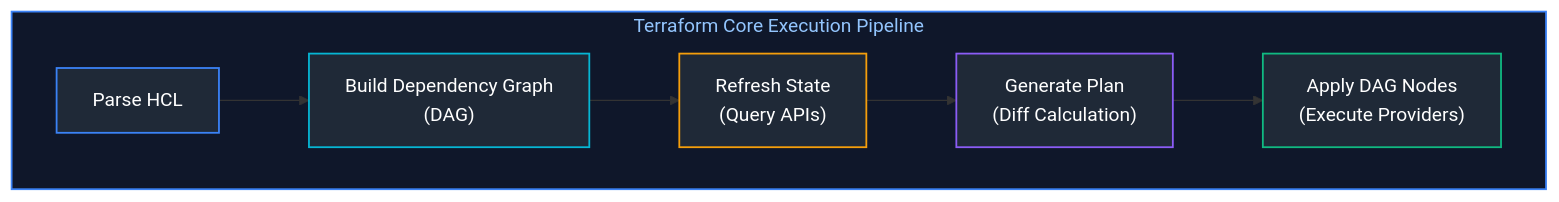
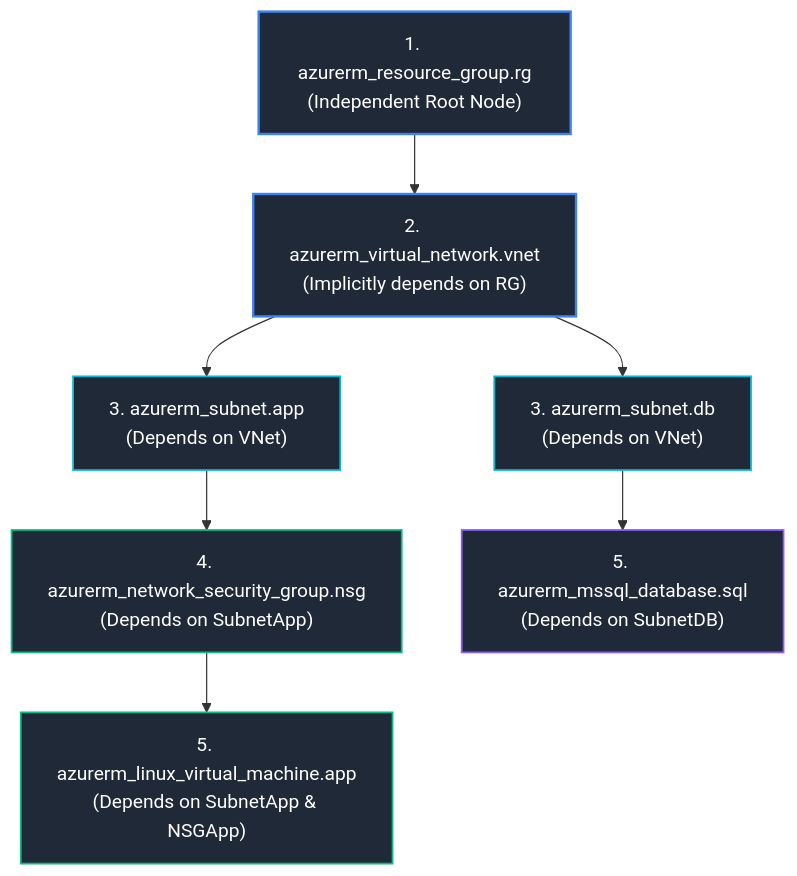
One commit to joydeep-biswas/Interview-Preparation changed the second of 5 diagrams in Cloud Engineering/06_infrastructure_as_code_and_configuration_management.md. Above: the diagram before and after it, drawn with Mermaid. The commit also changed other lines of this file and 143 other files, not shown here.

````diff
--- a/Cloud Engineering/06_infrastructure_as_code_and_configuration_management.md
+++ b/Cloud Engineering/06_infrastructure_as_code_and_configuration_management.md
@@ -98,17 +135,25 @@
 ```mermaid
-flowchart LR
-    subgraph TFStages ["Terraform Core Execution Pipeline"]
-        direction LR
-        P["Parse HCL"] --> G["Build Dependency Graph<br/>(DAG)"]
-        G --> R["Refresh State<br/>(Query APIs)"]
-        R --> Plan["Generate Plan<br/>(Diff Calculation)"]
-        Plan --> Apply["Apply DAG Nodes<br/>(Execute Providers)"]
-    end
+flowchart TD
+    RG["1. azurerm_resource_group.rg<br/>(Independent Root Node)"]
+    VNet["2. azurerm_virtual_network.vnet<br/>(Implicitly depends on RG)"]
+    SubnetApp["3. azurerm_subnet.app<br/>(Depends on VNet)"]
+    SubnetDB["3. azurerm_subnet.db<br/>(Depends on VNet)"]
+    NSGApp["4. azurerm_network_security_group.nsg<br/>(Depends on SubnetApp)"]
+    VMApp["5. azurerm_linux_virtual_machine.app<br/>(Depends on SubnetApp & NSGApp)"]
+    DB["5. azurerm_mssql_database.sql<br/>(Depends on SubnetDB)"]
 
-    style TFStages fill:#0f172a,stroke:#3b82f6,stroke-width:1.5px,color:#93c5fd
-    style P fill:#1f2937,stroke:#3b82f6,stroke-width:1.5px,color:#fff
-    style G fill:#1f2937,stroke:#06b6d4,stroke-width:1.5px,color:#fff
-    style R fill:#1f2937,stroke:#f59e0b,stroke-width:1.5px,color:#fff
-    style Plan fill:#1f2937,stroke:#8b5cf6,stroke-width:1.5px,color:#fff
-    style Apply fill:#1f2937,stroke:#10b981,stroke-width:1.5px,color:#fff
+    RG --> VNet
+    VNet --> SubnetApp
+    VNet --> SubnetDB
+    SubnetApp --> NSGApp
+    NSGApp --> VMApp
+    SubnetDB --> DB
+
+    style RG fill:#1f2937,stroke:#3b82f6,stroke-width:2px,color:#fff
+    style VNet fill:#1f2937,stroke:#3b82f6,stroke-width:2px,color:#fff
+    style SubnetApp fill:#1f2937,stroke:#06b6d4,stroke-width:1.5px,color:#fff
+    style SubnetDB fill:#1f2937,stroke:#06b6d4,stroke-width:1.5px,color:#fff
+    style NSGApp fill:#1f2937,stroke:#10b981,stroke-width:1.5px,color:#fff
+    style VMApp fill:#1f2937,stroke:#10b981,stroke-width:1.5px,color:#fff
+    style DB fill:#1f2937,stroke:#8b5cf6,stroke-width:1.5px,color:#fff
 ```
````
